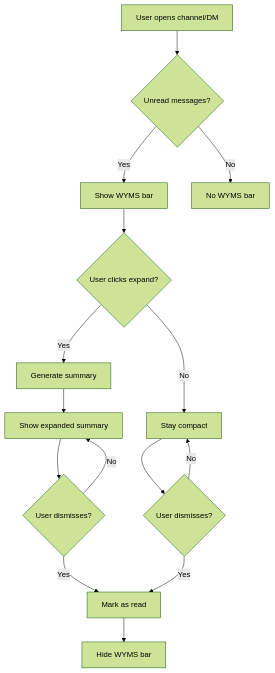
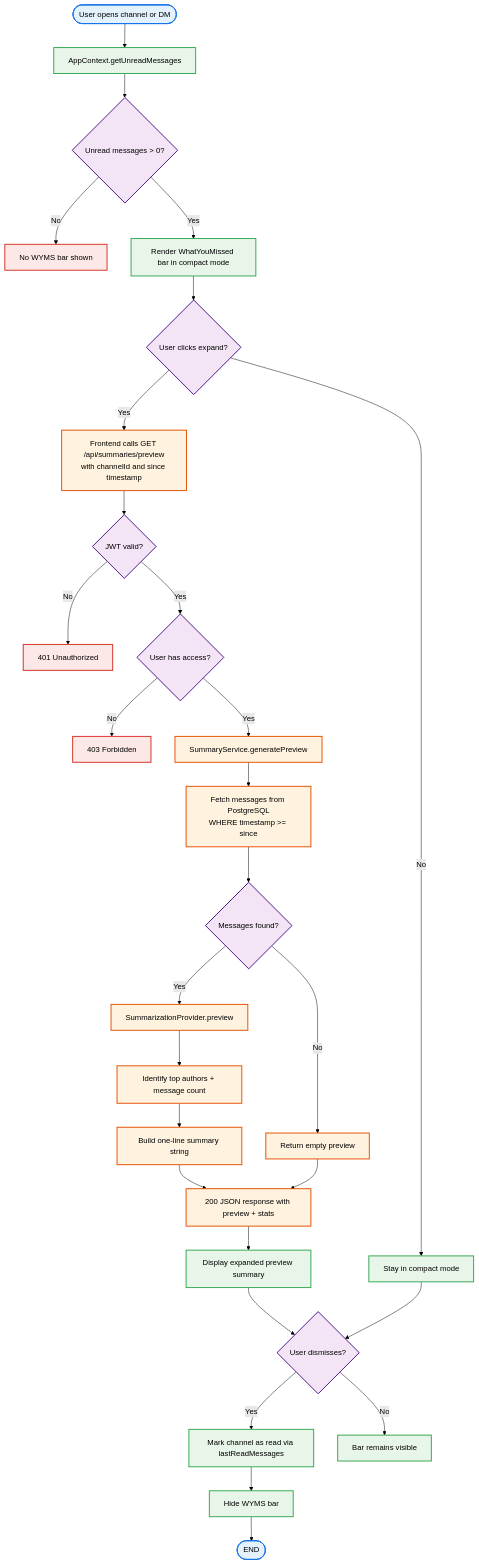
Before and after one commit to LibertyQuinzel/Web-Based-Discord-Clone: the diagram in docs/diagrams/automatic_flow_chart.mmd, drawn with Mermaid (forest theme). The commit also changed 67 other files, not shown here.

Commit message:
P4: Backend implementation with tests, docs, and diagrams

```diff
--- a/docs/diagrams/automatic_flow_chart.mmd
+++ b/docs/diagrams/automatic_flow_chart.mmd
@@ -1,15 +1,47 @@
 flowchart TD
-    A[User opens channel/DM] --> B{Unread messages?}
-    B -->|Yes| C[Show WYMS bar]
-    B -->|No| D[No WYMS bar]
-    C --> E{User clicks expand?}
-    E -->|Yes| F[Generate summary]
-    E -->|No| G[Stay compact]
-    F --> H[Show expanded summary]
-    H --> I{User dismisses?}
-    I -->|Yes| J[Mark as read]
-    I -->|No| H
-    G --> K{User dismisses?}
-    K -->|Yes| J
-    K -->|No| G
-    J --> L[Hide WYMS bar]
+    %% What You Missed Preview (US2) - Full-Stack Flow Chart
+
+    A([User opens channel or DM]) --> B[AppContext.getUnreadMessages]
+    B --> C{Unread messages > 0?}
+    C -->|No| D[No WYMS bar shown]
+    C -->|Yes| E[Render WhatYouMissed bar in compact mode]
+
+    E --> F{User clicks expand?}
+    F -->|No| G[Stay in compact mode]
+    F -->|Yes| H[Frontend calls GET /api/summaries/preview<br/>with channelId and since timestamp]
+
+    H --> I{JWT valid?}
+    I -->|No| J[401 Unauthorized]
+    I -->|Yes| K{User has access?}
+    K -->|No| L[403 Forbidden]
+    K -->|Yes| M[SummaryService.generatePreview]
+
+    M --> N[Fetch messages from PostgreSQL<br/>WHERE timestamp >= since]
+    N --> O{Messages found?}
+    O -->|No| P[Return empty preview]
+    O -->|Yes| Q[SummarizationProvider.preview]
+    Q --> R[Identify top authors + message count]
+    R --> S[Build one-line summary string]
+
+    S --> T[200 JSON response with preview + stats]
+    P --> T
+    T --> U[Display expanded preview summary]
+
+    U --> V{User dismisses?}
+    G --> V
+    V -->|Yes| W[Mark channel as read via lastReadMessages]
+    W --> X[Hide WYMS bar]
+    V -->|No| Y[Bar remains visible]
+    X --> Z([END])
+
+    classDef start fill:#e3f2fd,stroke:#1a73e8,stroke-width:2px
+    classDef frontend fill:#e8f5e9,stroke:#34a853,stroke-width:2px
+    classDef backend fill:#fff3e0,stroke:#e65100,stroke-width:2px
+    classDef error fill:#fce8e6,stroke:#d93025,stroke-width:2px
+    classDef decision fill:#f3e5f5,stroke:#4a148c,stroke-width:2px
+
+    class A,Z start
+    class B,E,G,U,W,X,Y frontend
+    class H,M,N,Q,R,S,T,P backend
+    class C,F,I,K,O,V decision
+    class D,J,L error
```
